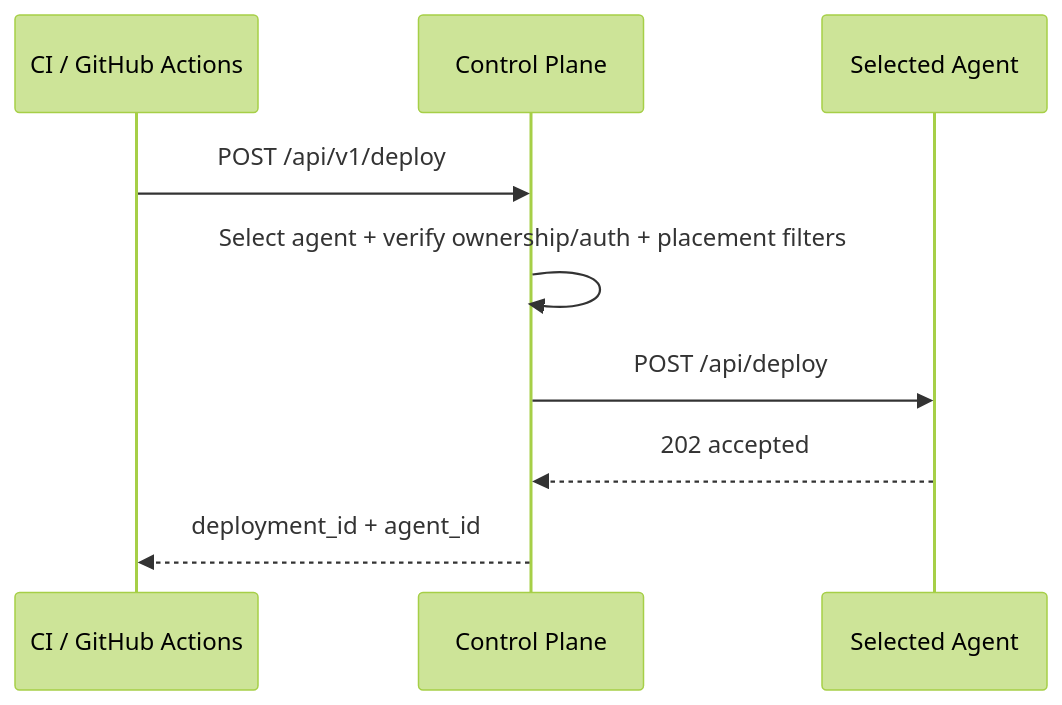
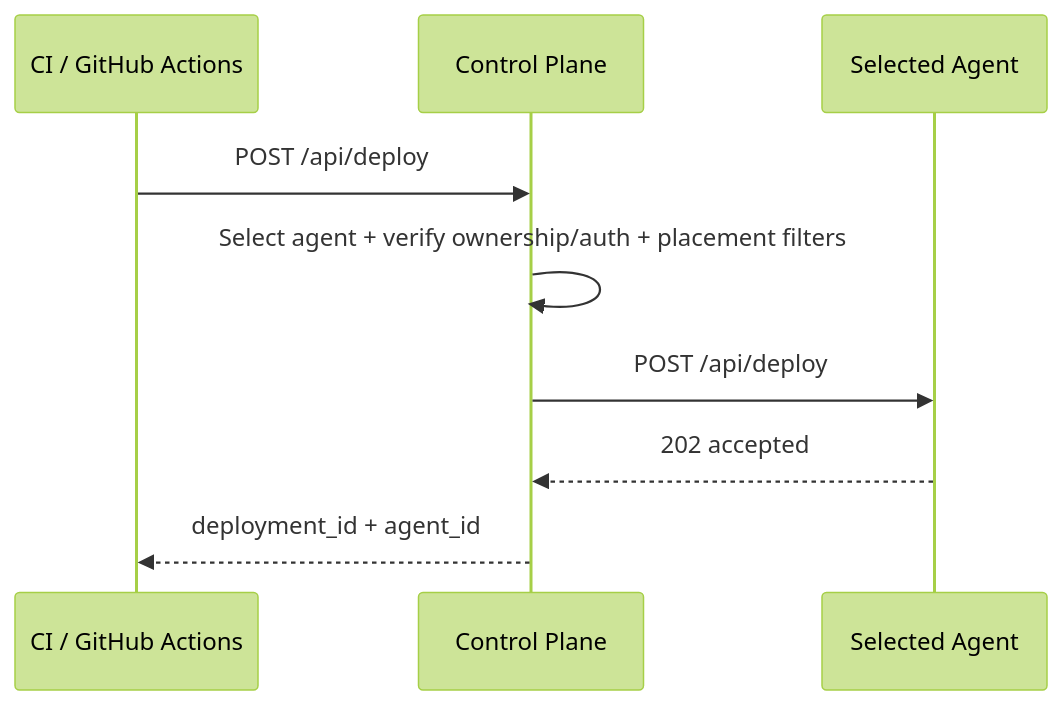
One commit to easyenclave/easyenclave changed the second of 2 diagrams in docs/ARCHITECTURE.md. Above: the diagram before and after it, drawn with Mermaid (forest theme). The commit also changed other lines of this file and 76 other files, not shown here.

````diff
--- a/docs/ARCHITECTURE.md
+++ b/docs/ARCHITECTURE.md
@@ -28,12 +26,12 @@
 ```mermaid
 sequenceDiagram
     participant CI as CI / GitHub Actions
     participant CP as Control Plane
     participant A as Selected Agent
 
-    CI->>CP: POST /api/v1/deploy
+    CI->>CP: POST /api/deploy
     CP->>CP: Select agent + verify ownership/auth + placement filters
     CP->>A: POST /api/deploy
     A-->>CP: 202 accepted
     CP-->>CI: deployment_id + agent_id
 ```
````
